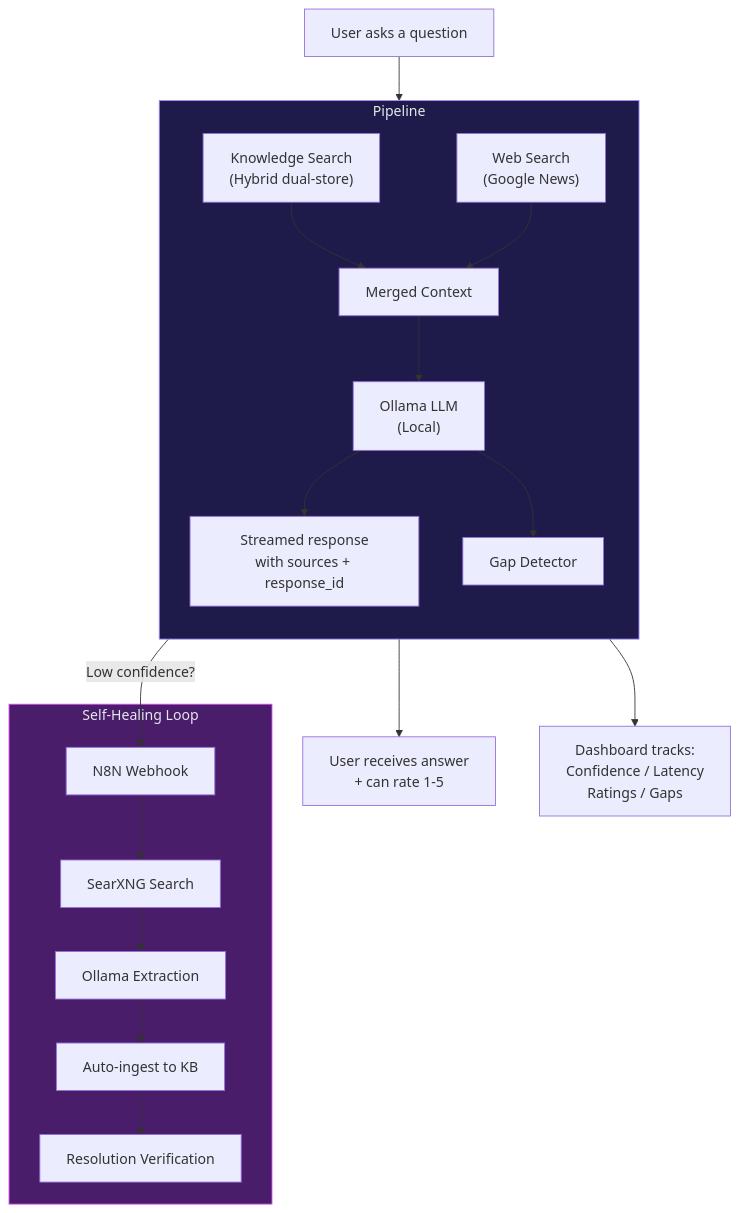
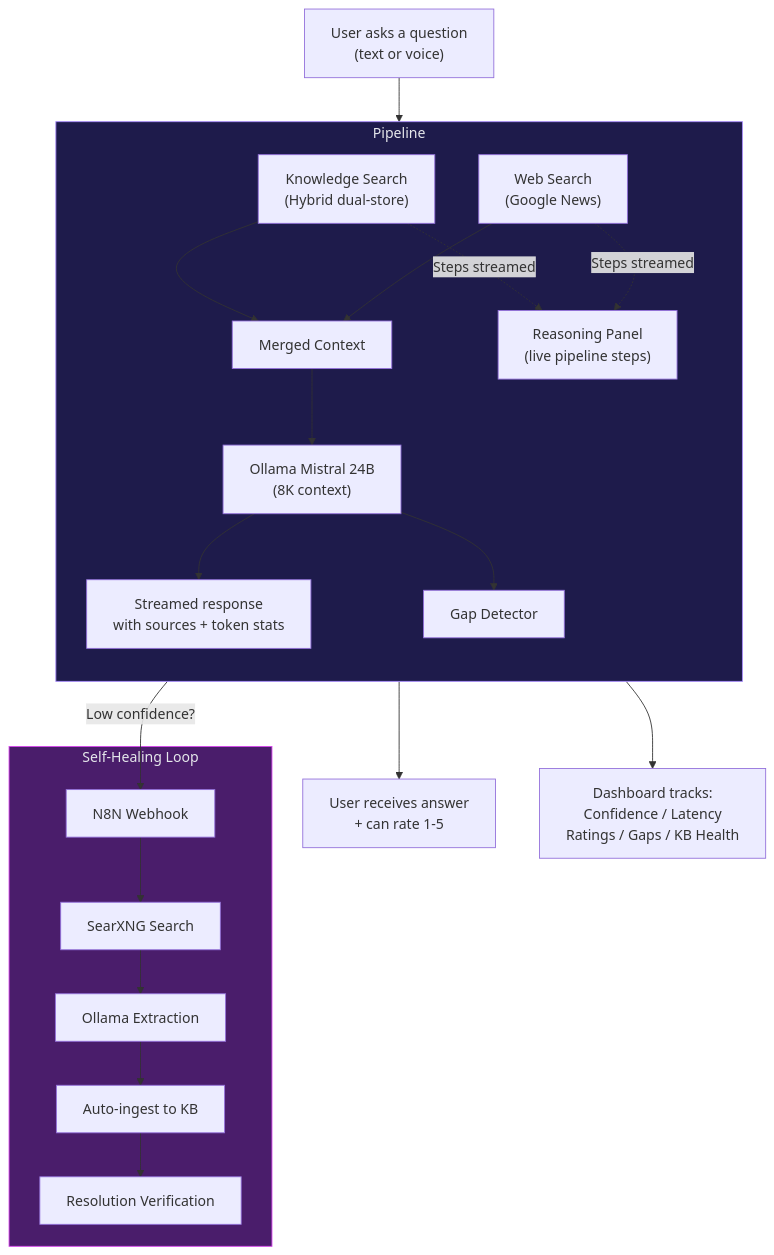
The first of 8 diagrams in README.md (sebdallais-git/PharmaCyberLLM), drawn with Mermaid before and after one commit. The commit also changed other lines of this file, not shown here.

Commit message:
docs: update README with voice input, reasoning transparency, KB health monitoring, and Mistral 24B

````diff
--- a/README.md
+++ b/README.md
@@ -109,28 +121,30 @@
 ```mermaid
 flowchart TD
-    Q["User asks a question"] --> P["PharmaCyberLLM Pipeline"]
+    Q["User asks a question\n(text or voice)"] --> P["PharmaCyberLLM Pipeline"]
 
     subgraph P["Pipeline"]
         direction TB
         KS["Knowledge Search\n(Hybrid dual-store)"] --> MC["Merged Context"]
         WS["Web Search\n(Google News)"] --> MC
-        MC --> LLM["Ollama LLM\n(Local)"]
-        LLM --> RESP["Streamed response\nwith sources + response_id"]
+        KS -.->|Steps streamed| REASON["Reasoning Panel\n(live pipeline steps)"]
+        WS -.->|Steps streamed| REASON
+        MC --> LLM["Ollama Mistral 24B\n(8K context)"]
+        LLM --> RESP["Streamed response\nwith sources + token stats"]
         LLM --> GD["Gap Detector"]
     end
 
     GD -->|Low confidence?| N8N["N8N Webhook"]
 
     subgraph HEAL["Self-Healing Loop"]
         N8N --> SEARX["SearXNG Search"]
         SEARX --> EXTRACT["Ollama Extraction"]
         EXTRACT --> INGEST["Auto-ingest to KB"]
         INGEST --> VERIFY["Resolution Verification"]
     end
 
     RESP --> USER["User receives answer\n+ can rate 1-5"]
-    RESP --> DASH["Dashboard tracks:\nConfidence / Latency\nRatings / Gaps"]
+    RESP --> DASH["Dashboard tracks:\nConfidence / Latency\nRatings / Gaps / KB Health"]
 
     style P fill:#1e1b4b,stroke:#a78bfa,color:#e5e7eb
     style HEAL fill:#4a1d6b,stroke:#d946ef,color:#e5e7eb
 ```
````
